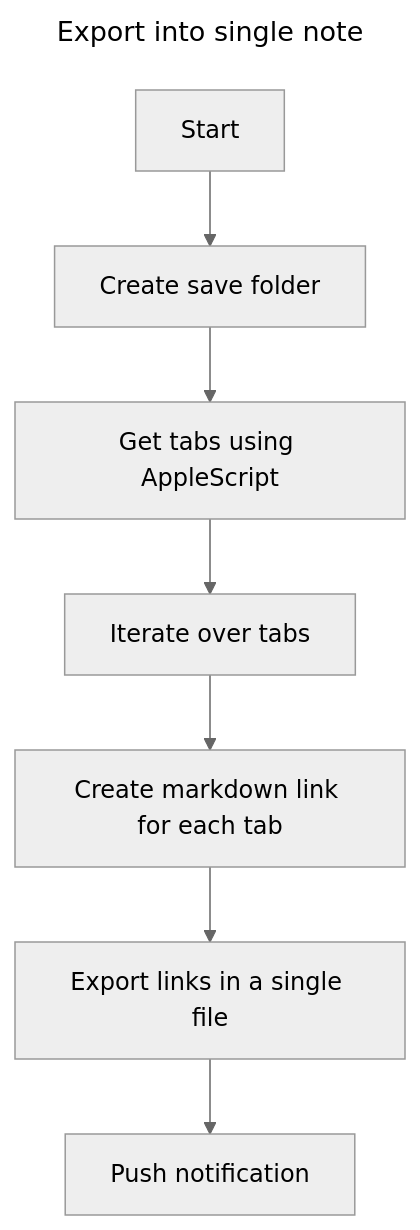
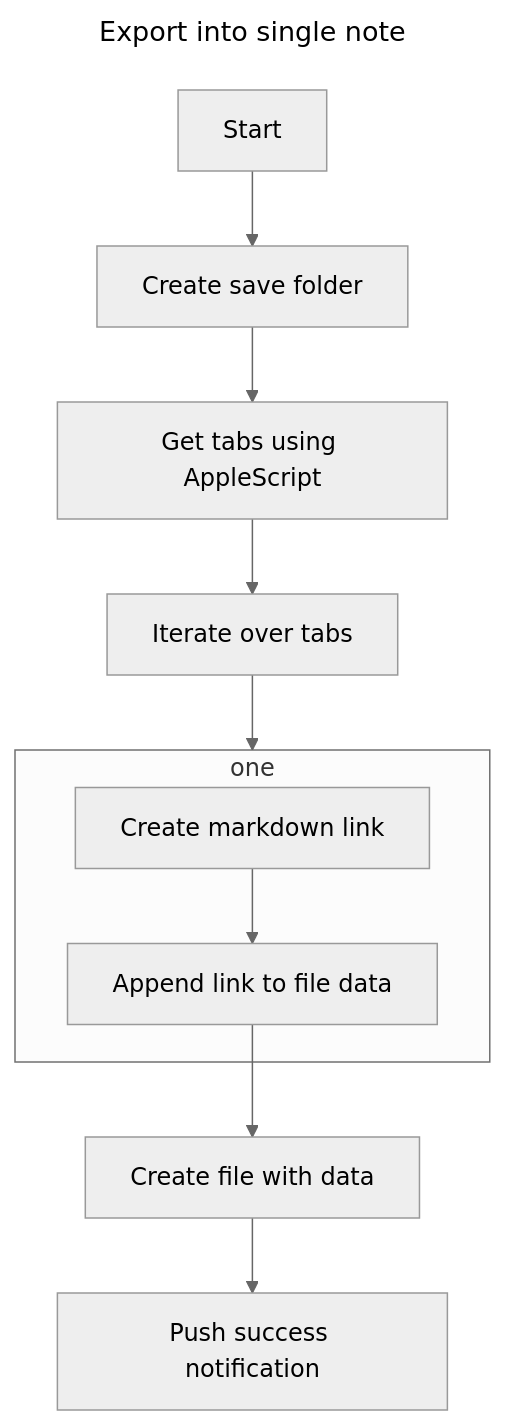
Before and after one commit to decaf-dev/obsidian-export-browser-tabs: the diagram in src/commands/export-into-single-note/README.md, drawn with Mermaid (neutral theme).

Commit message:
docs: add subgraph

````diff
--- a/src/commands/export-into-single-note/README.md
+++ b/src/commands/export-into-single-note/README.md
@@ -1,12 +1,15 @@
 ```mermaid
 ---
 title: Export into single note
 ---
 flowchart TD
     Start --> A
 	A[Create save folder] --> B[Get tabs using AppleScript]
 	B --> C[Iterate over tabs]
-	C --> D[Create markdown link for each tab]
-	D --> E[Export links in a single file]
-	E --> F[Push notification]
+	C --> one
+	subgraph one
+	E[Create markdown link] --> F[Append link to file data]
+	end
+	F --> G[Create file with data]
+	G --> H[Push success notification]
 ```
````
